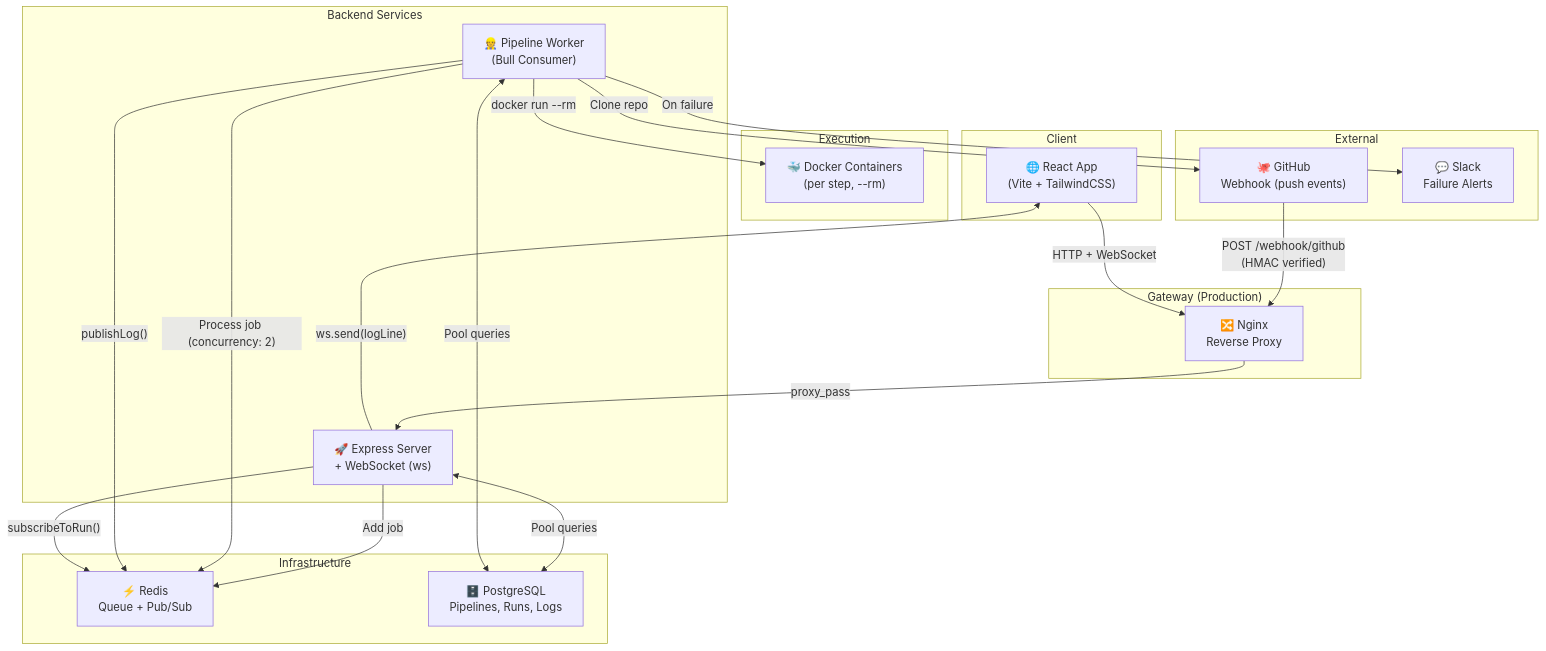
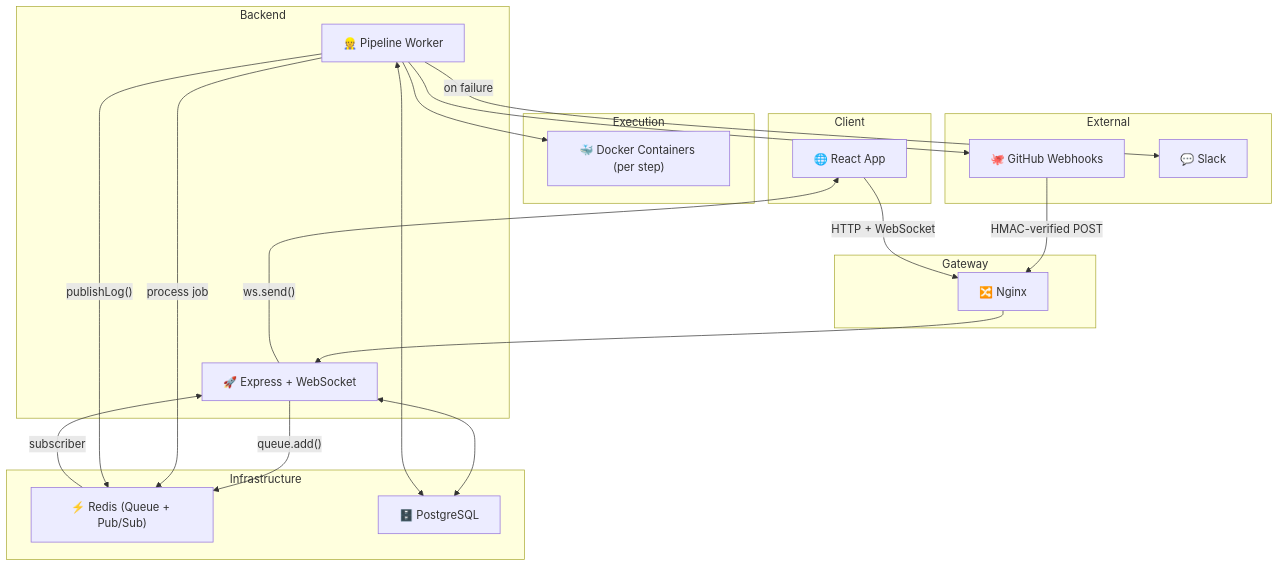
The first of 3 diagrams in README.md (vshawale907/cicd-engine), drawn with Mermaid before and after one commit. The commit also changed other lines of this file, not shown here.

Commit message:
docs: refactor and condense README content, formatting, and architecture diagram

````diff
--- a/README.md
+++ b/README.md
@@ -72,47 +69,35 @@
 ```mermaid
 graph TB
     subgraph "Client"
-        Browser["🌐 React App<br/>(Vite + TailwindCSS)"]
+        Browser["🌐 React App"]
+    end
+    subgraph "Gateway"
+        Nginx["🔀 Nginx"]
+    end
+    subgraph "Backend"
+        Server["🚀 Express + WebSocket"]
+        Worker["👷 Pipeline Worker"]
+    end
+    subgraph "Infrastructure"
+        Redis["⚡ Redis (Queue + Pub/Sub)"]
+        Postgres["🗄️ PostgreSQL"]
+    end
+    subgraph "Execution"
+        Docker["🐳 Docker Containers (per step)"]
+    end
+    subgraph "External"
+        GitHub["🐙 GitHub Webhooks"]
+        Slack["💬 Slack"]
     end
 
-    subgraph "Gateway (Production)"
-        Nginx["🔀 Nginx<br/>Reverse Proxy"]
-    end
-
-    subgraph "Backend Services"
-        Server["🚀 Express Server<br/>+ WebSocket (ws)"]
-        Worker["👷 Pipeline Worker<br/>(Bull Consumer)"]
-    end
-
-    subgraph "Infrastructure"
-        Redis["⚡ Redis<br/>Queue + Pub/Sub"]
-        Postgres["🗄️ PostgreSQL<br/>Pipelines, Runs, Logs"]
-    end
-
-    subgraph "Execution"
-        Docker["🐳 Docker Containers<br/>(per step, --rm)"]
-    end
-
-    subgraph "External"
-        GitHub["🐙 GitHub<br/>Webhook (push events)"]
-        Slack["💬 Slack<br/>Failure Alerts"]
-    end
-
-    GitHub -->|"POST /webhook/github<br/>(HMAC verified)"| Nginx
+    GitHub -->|"HMAC-verified POST"| Nginx --> Server
     Browser -->|"HTTP + WebSocket"| Nginx
-    Nginx -->|"proxy_pass"| Server
-
-    Server -->|"Add job"| Redis
-    Worker -->|"Process job (concurrency: 2)"| Redis
-
-    Worker -->|"Clone repo"| GitHub
-    Worker -->|"docker run --rm"| Docker
-    Worker -->|"publishLog()"| Redis
-    Server -->|"subscribeToRun()"| Redis
-    Server -->|"ws.send(logLine)"| Browser
-
-    Server <-->|"Pool queries"| Postgres
-    Worker <-->|"Pool queries"| Postgres
-
-    Worker -->|"On failure"| Slack
+    Server -->|"queue.add()"| Redis
+    Worker -->|"process job"| Redis
+    Worker --> GitHub
+    Worker --> Docker
+    Worker -->|"publishLog()"| Redis -->|"subscriber"| Server -->|"ws.send()"| Browser
+    Server <--> Postgres
+    Worker <--> Postgres
+    Worker -->|"on failure"| Slack
 ```
````
